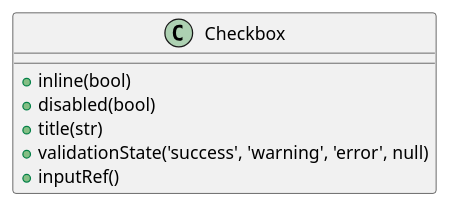
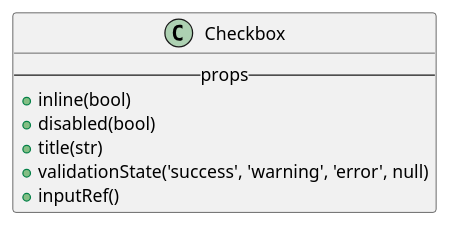
Before and after one commit to M9k/Marvin-Uml: the diagram in react/bootstrap/checkbox.iuml, drawn with PlantUML. The commit also changed 17 other files, not shown here.

```diff
--- a/react/bootstrap/checkbox.iuml
+++ b/react/bootstrap/checkbox.iuml
@@ -1,8 +1,9 @@
 class Checkbox{
+  --props--
   + inline(bool)
   + disabled(bool)
   + title(str)
   + validationState('success', 'warning', 'error', null)
   + inputRef()
 }
 /'Questa è una prova'/
```
